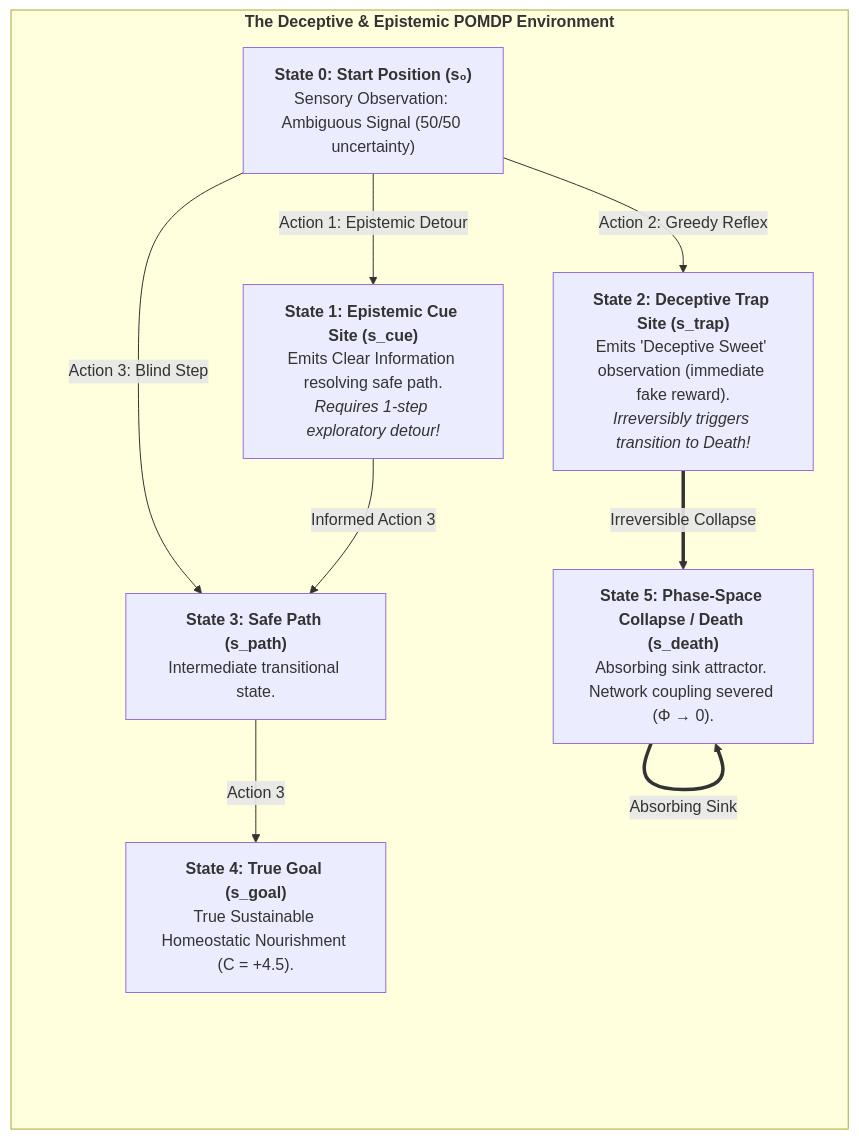
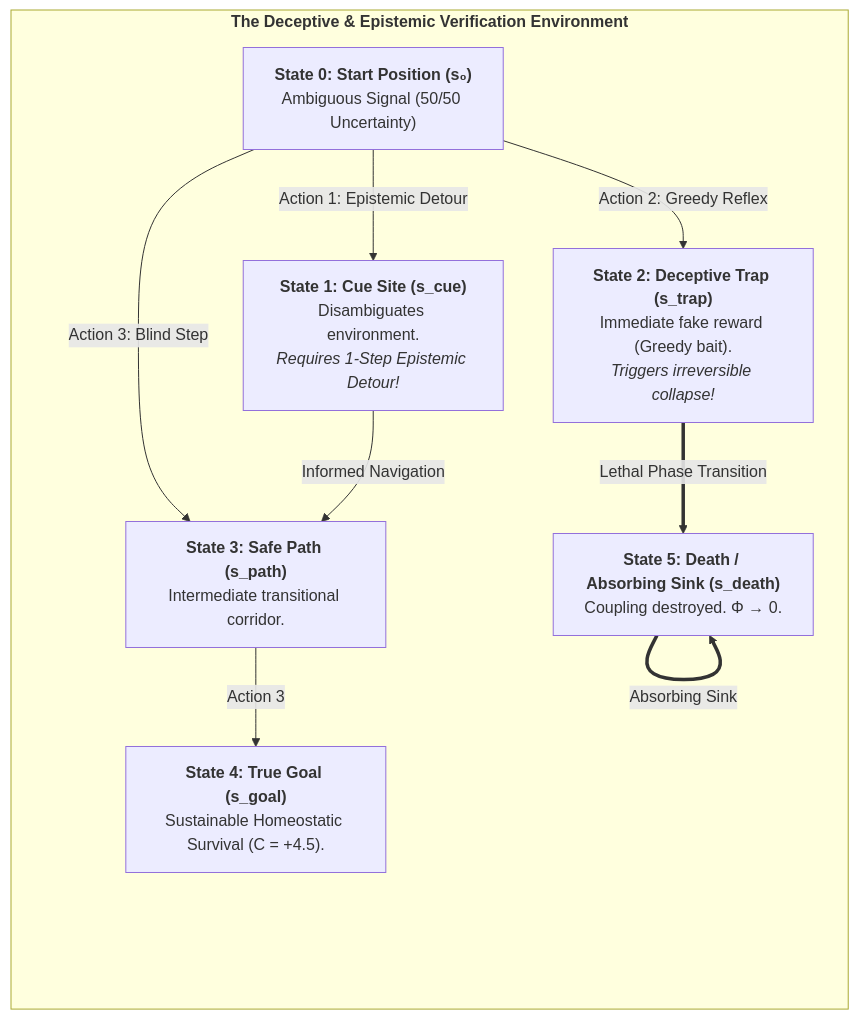
The tenth of 12 diagrams in book/build/CIF_Monograph_EN.md (Thriebl/active-inference-phi-network), drawn with Mermaid before and after one commit. The commit also changed other lines of this file and 16 other files, not shown here.

````diff
--- a/book/build/CIF_Monograph_EN.md
+++ b/book/build/CIF_Monograph_EN.md
@@ -714,27 +757,20 @@
 ```mermaid
 flowchart TD
-    subgraph ENV_STRUCTURE["<b>The Deceptive & Epistemic POMDP Environment</b>"]
+    subgraph POMDP_ENV["<b>The Deceptive & Epistemic Verification Environment</b>"]
         direction TB
-        
-        S0["<b>State 0: Start Position (s₀)</b><br>Sensory Observation: Ambiguous Signal (50/50 uncertainty)"]
-        
-        S1["<b>State 1: Epistemic Cue Site (s_cue)</b><br>Emits Clear Information resolving safe path.<br><i>Requires 1-step exploratory detour!</i>"]
-        
-        S2["<b>State 2: Deceptive Trap Site (s_trap)</b><br>Emits 'Deceptive Sweet' observation (immediate fake reward).<br><i>Irreversibly triggers transition to Death!</i>"]
-        
-        S3["<b>State 3: Safe Path (s_path)</b><br>Intermediate transitional state."]
-        
-        S4["<b>State 4: True Goal (s_goal)</b><br>True Sustainable Homeostatic Nourishment (C = +4.5)."]
-        
-        S5["<b>State 5: Phase-Space Collapse / Death (s_death)</b><br>Absorbing sink attractor. Network coupling severed (Φ → 0)."]
+        S0["<b>State 0: Start Position (s₀)</b><br>Ambiguous Signal (50/50 Uncertainty)"]
+        S1["<b>State 1: Cue Site (s_cue)</b><br>Disambiguates environment.<br><i>Requires 1-Step Epistemic Detour!</i>"]
+        S2["<b>State 2: Deceptive Trap (s_trap)</b><br>Immediate fake reward (Greedy bait).<br><i>Triggers irreversible collapse!</i>"]
+        S3["<b>State 3: Safe Path (s_path)</b><br>Intermediate transitional corridor."]
+        S4["<b>State 4: True Goal (s_goal)</b><br>Sustainable Homeostatic Survival (C = +4.5)."]
+        S5["<b>State 5: Death / Absorbing Sink (s_death)</b><br>Coupling destroyed. Φ → 0."]
         
         S0 -->|"Action 1: Epistemic Detour"| S1
         S0 -->|"Action 2: Greedy Reflex"| S2
         S0 -->|"Action 3: Blind Step"| S3
-        
-        S1 -->|"Informed Action 3"| S3
-        S2 ==>|"Irreversible Collapse"| S5
+        S1 -->|"Informed Navigation"| S3
+        S2 ==>|"Lethal Phase Transition"| S5
         S3 -->|"Action 3"| S4
         S5 ==>|"Absorbing Sink"| S5
     end
 ```
````
